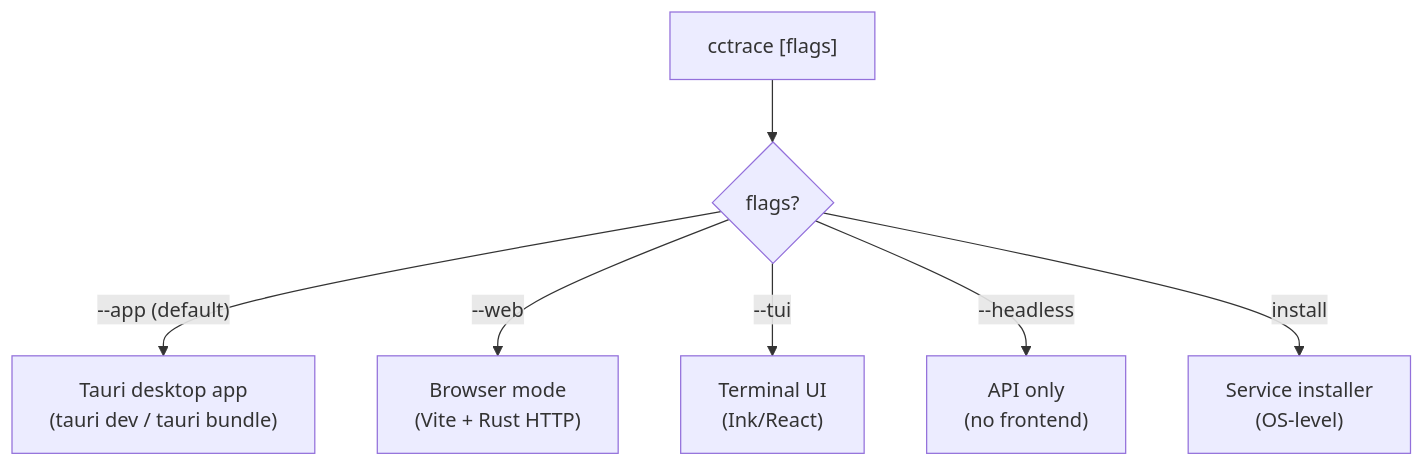
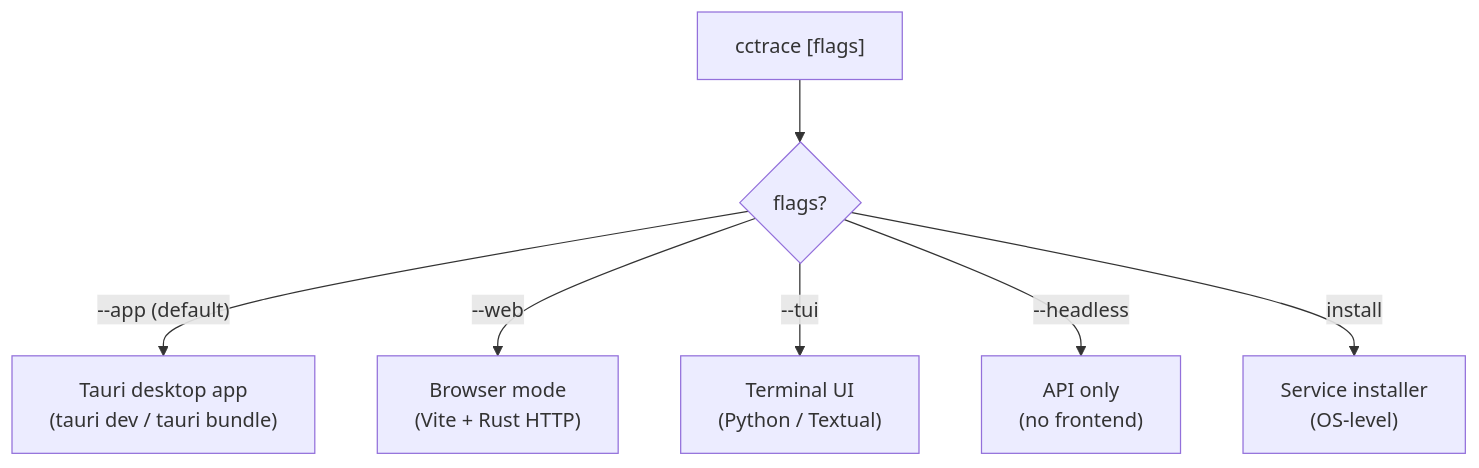
The first of 7 diagrams in specs/12-cli-launcher.md (delexw/claude-code-trace), drawn with Mermaid before and after one commit. The commit also changed other lines of this file and 72 other files, not shown here.

First line of the commit message:
feat(tui-py): migrate TUI to Python/Textual; add tests + polish

````diff
--- a/specs/12-cli-launcher.md
+++ b/specs/12-cli-launcher.md
@@ -12,10 +12,10 @@
 ```mermaid
 flowchart TD
     START["cctrace [flags]"]
     START --> ARG{flags?}
     ARG -->|"--app (default)"| DESKTOP["Tauri desktop app\n(tauri dev / tauri bundle)"]
     ARG -->|"--web"| WEB["Browser mode\n(Vite + Rust HTTP)"]
-    ARG -->|"--tui"| TUI["Terminal UI\n(Ink/React)"]
+    ARG -->|"--tui"| TUI["Terminal UI\n(Python / Textual)"]
     ARG -->|"--headless"| HEADLESS["API only\n(no frontend)"]
     ARG -->|"install"| SVCINSTALL["Service installer\n(OS-level)"]
 ```
````
